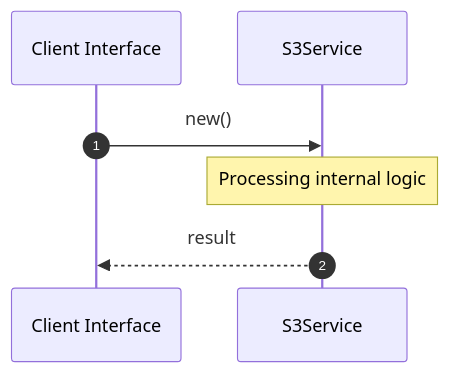
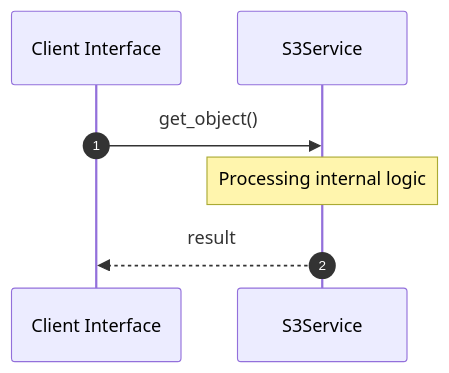
Before and after one commit to lgcorzo/rust_CACD_autonomous_factory: the second of 2 diagrams in openwiki/crates_factory-infrastructure_src_s3_rs.md, drawn with Mermaid. The commit also changed other lines of this file and 76 other files, not shown here.

````diff
--- a/openwiki/crates_factory-infrastructure_src_s3_rs.md
+++ b/openwiki/crates_factory-infrastructure_src_s3_rs.md
@@ -93,10 +93,10 @@
 ```mermaid
 sequenceDiagram
     autonumber
     participant Caller as Client Interface
     participant Svc as S3Service
-    Caller->>Svc: new()
+    Caller->>Svc: get_object()
     Note over Svc: Processing internal logic
     Svc-->>Caller: result
 
 ```
````
